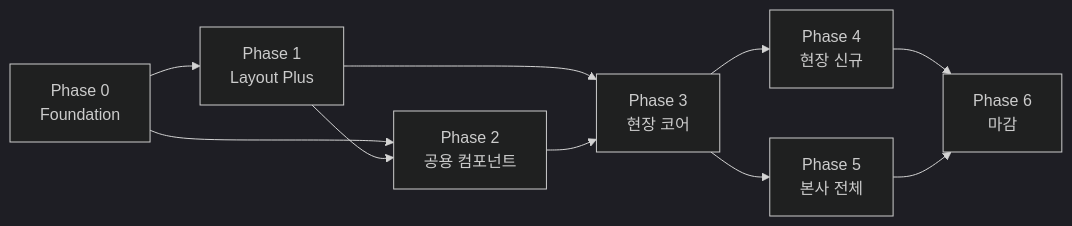
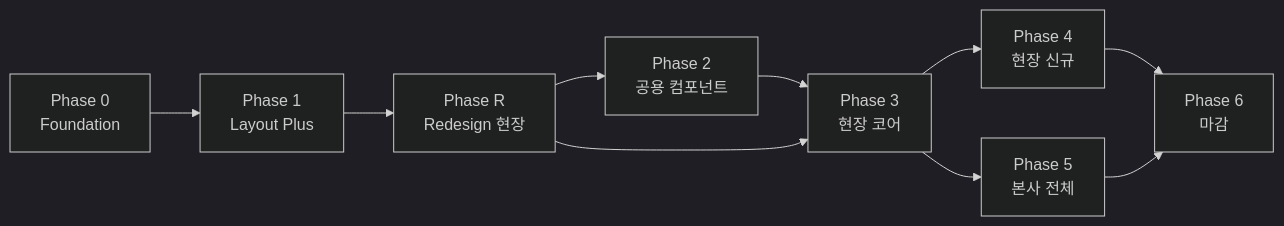
Before and after one commit to S-Tec-System-R-D/s-patrol_fe: the diagram in docs/roadmap.md, drawn with Mermaid. The commit also changed other lines of this file, not shown here.

First line of the commit message:
docs : Phase R (Redesign) 로드맵 신설 — Phase 1과 2 사이 삽입

````diff
--- a/docs/roadmap.md
+++ b/docs/roadmap.md
@@ -191,13 +240,13 @@
 ```mermaid
 %%{init: {'theme':'dark'}}%%
 flowchart LR
     P0[Phase 0<br/>Foundation] --> P1[Phase 1<br/>Layout Plus]
-    P0 --> P2[Phase 2<br/>공용 컴포넌트]
-    P1 --> P2
-    P1 --> P3[Phase 3<br/>현장 코어]
-    P2 --> P3
+    P1 --> PR[Phase R<br/>Redesign 현장]
+    PR --> P2[Phase 2<br/>공용 컴포넌트]
+    P2 --> P3[Phase 3<br/>현장 코어]
+    PR --> P3
     P3 --> P4[Phase 4<br/>현장 신규]
     P3 --> P5[Phase 5<br/>본사 전체]
     P4 --> P6[Phase 6<br/>마감]
     P5 --> P6
 ```
````
